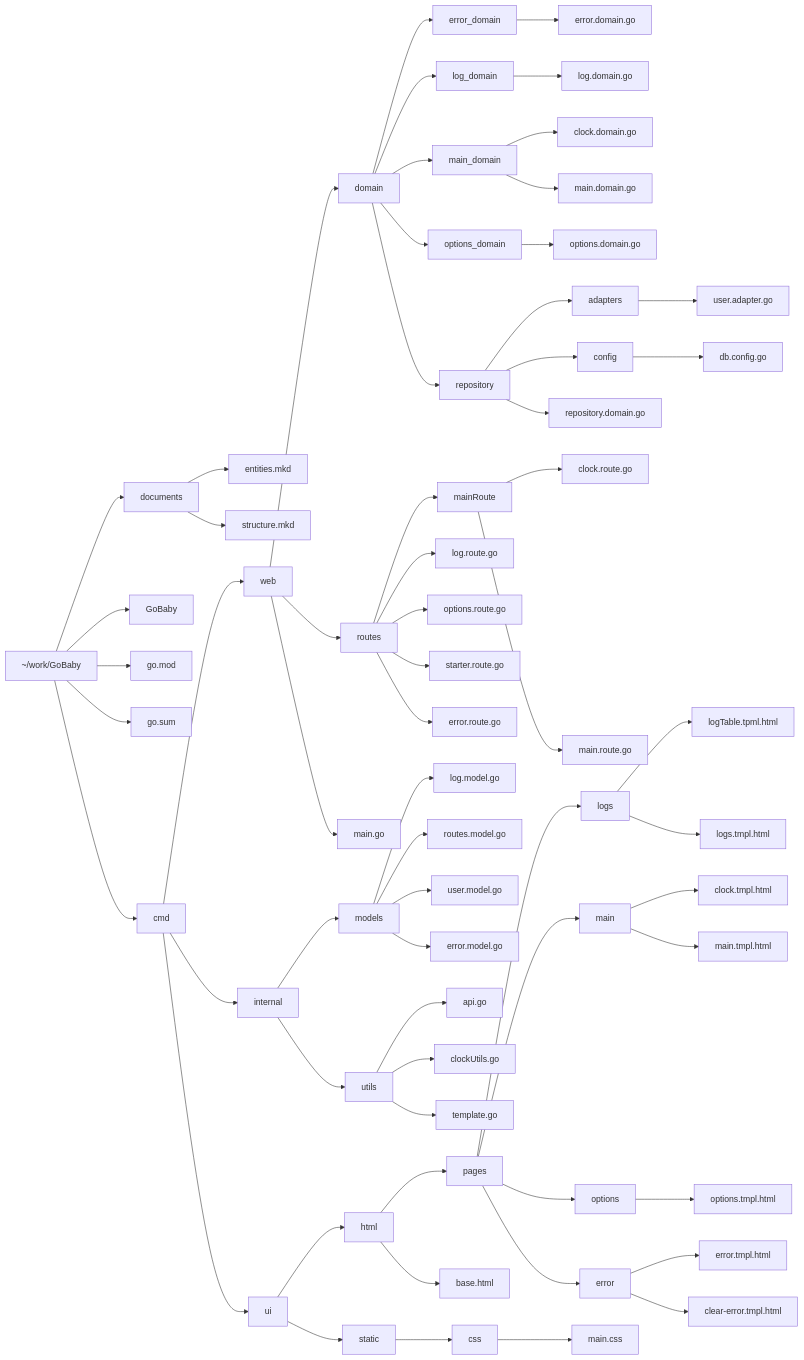
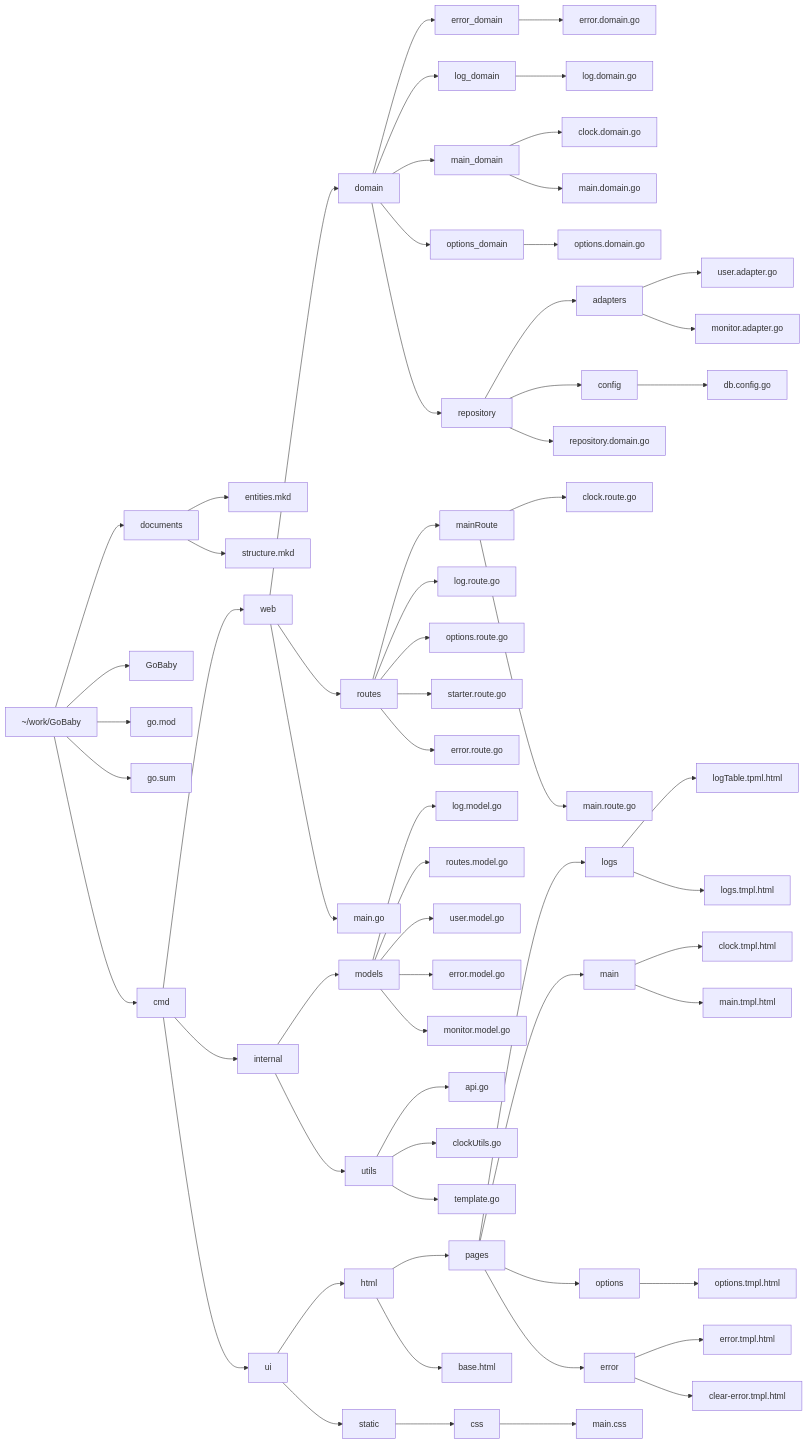
The diagram in readme.md (Gentleman-Programming/GoBaby), drawn with Mermaid before and after one commit.

````diff
--- a/readme.md
+++ b/readme.md
@@ -33,71 +33,74 @@
 ```mermaid
 graph LR;
 A[~/work/GoBaby]
 
 A --> documents
 documents
 documents --> entities.mkd
 documents --> structure.mkd
 
 A --> GoBaby
 A --> go.mod
 A --> go.sum
 A --> cmd
 
 cmd --> web
 web --> domain
 domain --> error_domain
 error_domain --> error.domain.go
 domain --> log_domain
 log_domain --> log.domain.go
 domain --> main_domain
 main_domain --> clock.domain.go
 main_domain --> main.domain.go
 domain --> options_domain
 options_domain --> options.domain.go
 domain --> repository
 repository --> adapters
 adapters --> user.adapter.go
+adapters --> monitor.adapter.go
 repository --> config
 config --> db.config.go
 repository --> repository.domain.go
 web --> routes
 routes --> mainRoute
 mainRoute --> clock.route.go
 mainRoute --> main.route.go
 routes --> log.route.go
 routes --> options.route.go
 routes --> starter.route.go
 routes --> error.route.go
 web --> main.go
 
 cmd --> internal
 internal --> models
 models --> log.model.go
 models --> routes.model.go
 models --> user.model.go
 models --> error.model.go
+models --> monitor.model.go
+
 internal --> utils
 utils --> api.go
 utils --> clockUtils.go
 utils --> template.go
 
 cmd --> ui
 ui --> html
 html --> pages
 pages --> logs
 logs --> logTable.tpml.html
 logs --> logs.tmpl.html
 pages --> main
 main --> clock.tmpl.html
 main --> main.tmpl.html
 pages --> options
 options --> options.tmpl.html
 pages --> error
 error --> error.tmpl.html
 error --> clear-error.tmpl.html
 html --> base.html
 ui --> static
 static --> css
 css --> main.css
 ```
````
